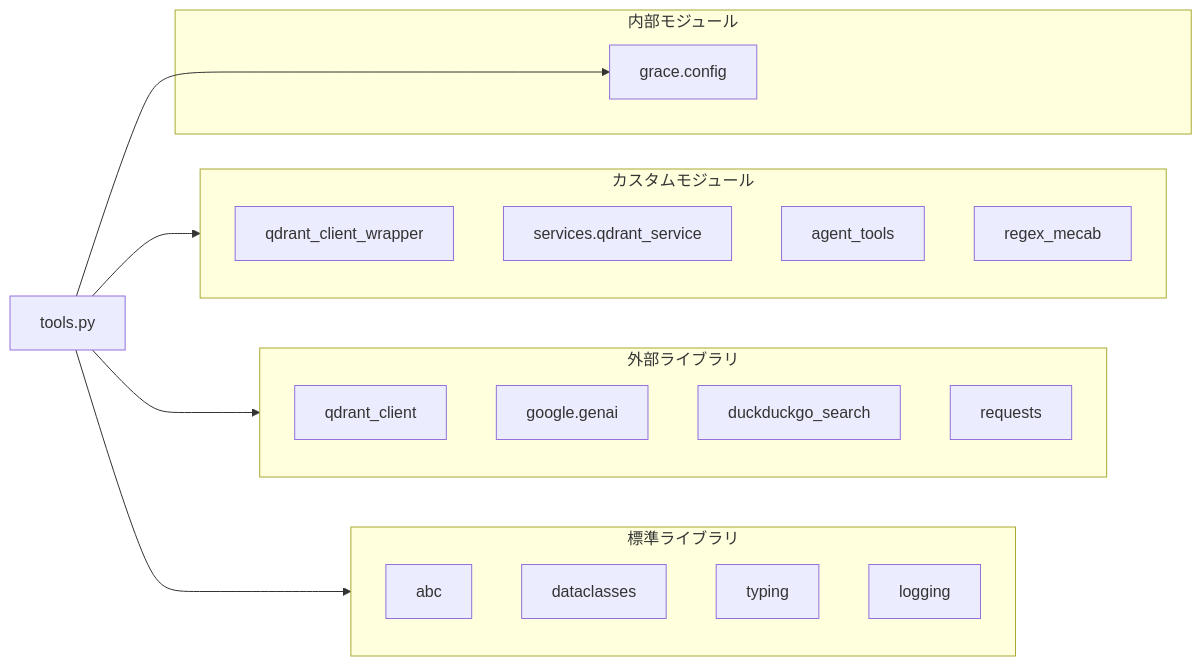
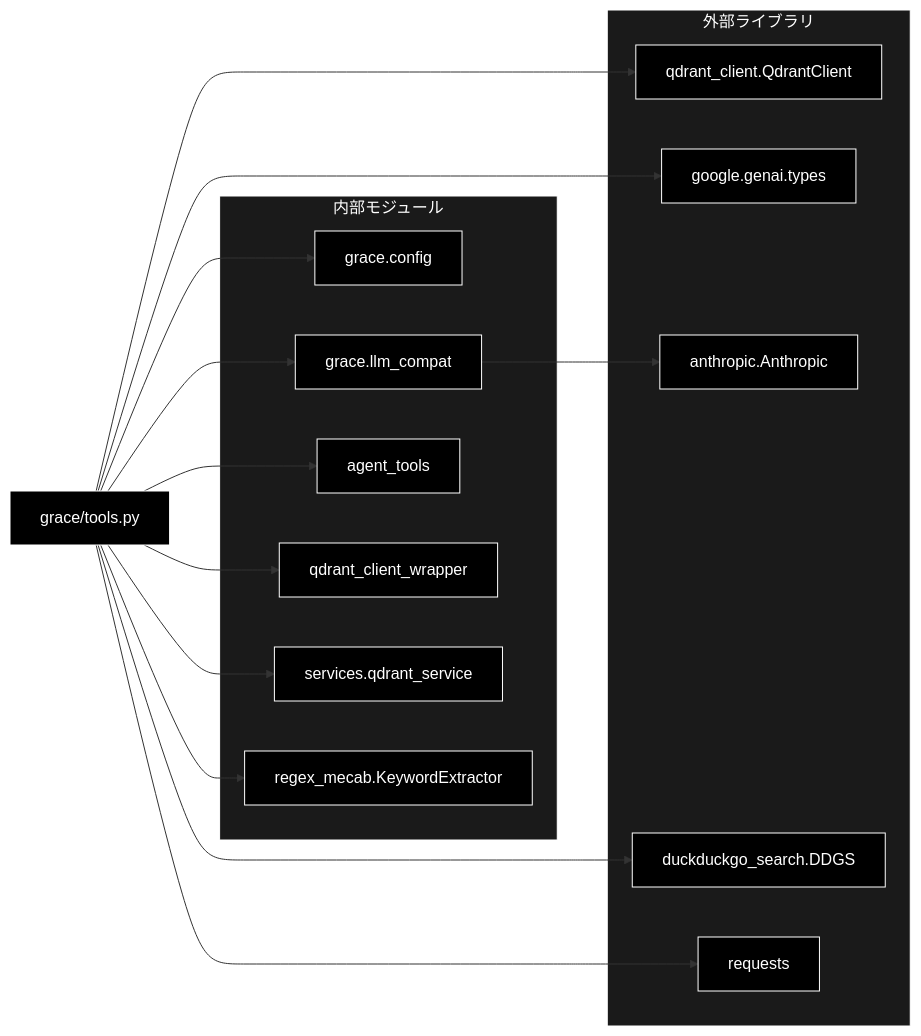
One commit to nakashima2toshio/anthropic_grace_agent_v2 changed the third of 3 diagrams in grace/doc/tools.md. Above: the diagram before and after it, drawn with Mermaid. The commit also changed other lines of this file and 9 other files, not shown here.

````diff
--- a/grace/doc/tools.md
+++ b/grace/doc/tools.md
@@ -1819,34 +1038,38 @@
 ```mermaid
 flowchart LR
-    TOOLS["tools.py"]
-
-    subgraph STD["標準ライブラリ"]
-        ABC_LIB[abc]
-        DC[dataclasses]
-        TYPING[typing]
-        LOG[logging]
-    end
+    TOOLS["grace/tools.py"]
 
     subgraph EXT["外部ライブラリ"]
-        QC["qdrant_client"]
-        GENAI["google.genai"]
-        DDG_LIB["duckduckgo_search"]
+        QC["qdrant_client.QdrantClient"]
+        GENAI["google.genai.types"]
+        ANTHROPIC["anthropic.Anthropic"]
+        DDG["duckduckgo_search.DDGS"]
         REQ["requests"]
     end
 
-    subgraph CUSTOM["カスタムモジュール"]
-        QCW["qdrant_client_wrapper"]
-        QS["services.qdrant_service"]
-        AT["agent_tools"]
-        RM["regex_mecab"]
+    subgraph INT["内部モジュール"]
+        CFG["grace.config"]
+        COMPAT["grace.llm_compat"]
+        ATOOLS["agent_tools"]
+        QWRAP["qdrant_client_wrapper"]
+        QSVC["services.qdrant_service"]
+        MECAB["regex_mecab.KeywordExtractor"]
     end
 
-    subgraph INTERNAL["内部モジュール"]
-        CFG["grace.config"]
-    end
-
-    TOOLS --> STD
-    TOOLS --> EXT
-    TOOLS --> CUSTOM
+    TOOLS --> QC
+    TOOLS --> GENAI
+    TOOLS --> DDG
+    TOOLS --> REQ
     TOOLS --> CFG
+    TOOLS --> COMPAT
+    TOOLS --> ATOOLS
+    TOOLS --> QWRAP
+    TOOLS --> QSVC
+    TOOLS --> MECAB
+    COMPAT --> ANTHROPIC
+classDef default fill:#000,stroke:#fff,color:#fff
+classDef subgraphStyle fill:#1a1a1a,stroke:#fff,color:#fff
+class TOOLS,QC,GENAI,ANTHROPIC,DDG,REQ,CFG,COMPAT,ATOOLS,QWRAP,QSVC,MECAB default
+style EXT fill:#1a1a1a,stroke:#fff,color:#fff
+style INT fill:#1a1a1a,stroke:#fff,color:#fff
 ```
````
